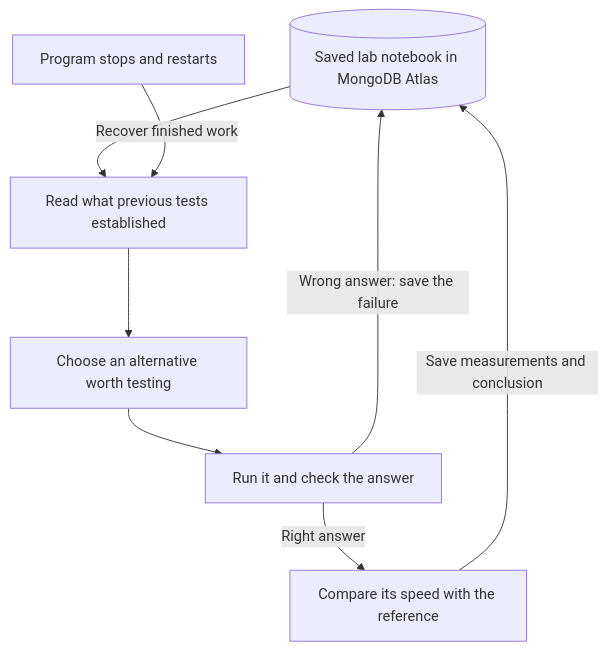
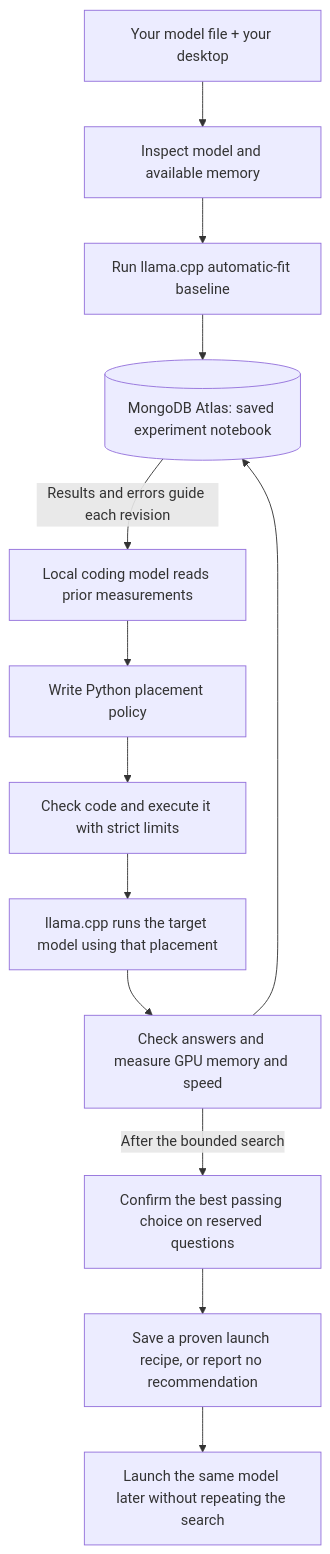
One commit to casualcomputer/atlas-gpu-harness changed the diagram in README.md. Above: the diagram before and after it, drawn with Mermaid. The commit also changed other lines of this file and 28 other files, not shown here.

````diff
--- a/README.md
+++ b/README.md
@@ -36,16 +31,15 @@
 ```mermaid
 flowchart TD
-    N[(Saved lab notebook in MongoDB Atlas)]
-    R[Read what previous tests established]
-    C[Choose an alternative worth testing]
-    A[Run it and check the answer]
-    T[Compare its speed with the reference]
-    S[Program stops and restarts]
-    N --> R
-    R --> C
-    C --> A
-    A -->|Right answer| T
-    A -->|Wrong answer: save the failure| N
-    T -->|Save measurements and conclusion| N
-    S -->|Recover finished work| R
+    I[Your model file + your desktop] --> P[Inspect model and available memory]
+    P --> B[Run llama.cpp automatic-fit baseline]
+    B --> N[(MongoDB Atlas: saved experiment notebook)]
+    N -->|Results and errors guide each revision| C[Local coding model reads prior measurements]
+    C --> G[Write Python placement policy]
+    G --> V[Check code and execute it with strict limits]
+    V --> E[llama.cpp runs the target model using that placement]
+    E --> T[Check answers and measure GPU memory and speed]
+    T --> N
+    T -->|After the bounded search| H[Confirm the best passing choice on reserved questions]
+    H --> R[Save a proven launch recipe, or report no recommendation]
+    R --> U[Launch the same model later without repeating the search]
 ```
````
